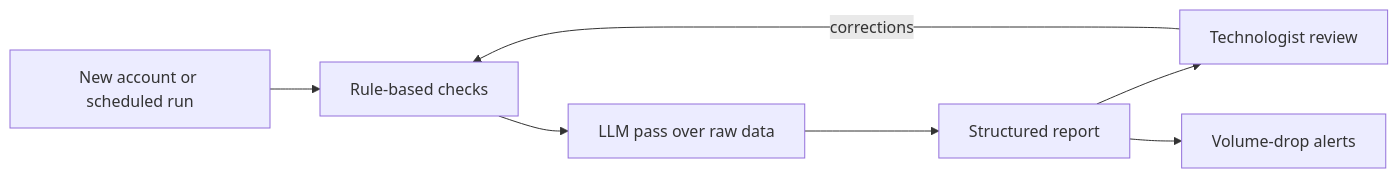
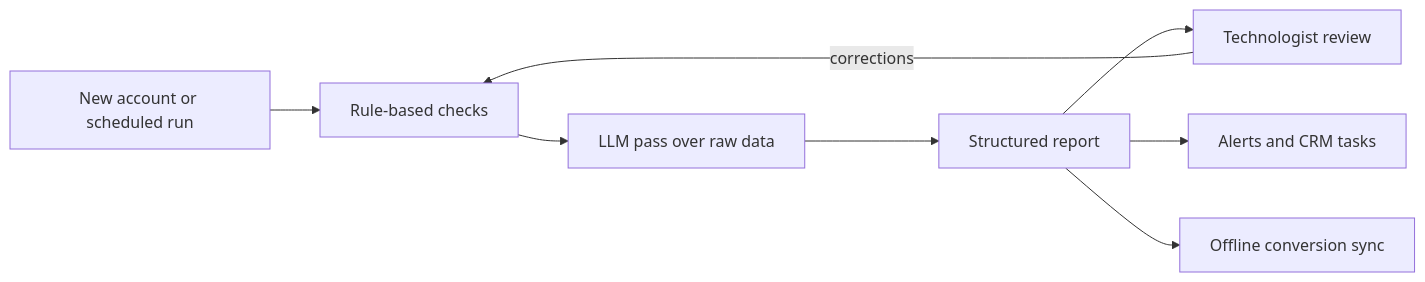
One commit to FelixKaboto/FelixKaboto changed the second of 2 diagrams in README.md. Above: the diagram before and after it, drawn with Mermaid. The commit also changed other lines of this file and 2 other files, not shown here.

````diff
--- a/README.md
+++ b/README.md
@@ -86,9 +92,10 @@
 ```mermaid
 flowchart LR
   trigger["New account or scheduled run"] --> checks["Rule-based checks"]
   checks --> llm["LLM pass over raw data"]
   llm --> report["Structured report"]
   report --> human["Technologist review"]
   human -->|"corrections"| checks
-  report --> alerts["Volume-drop alerts"]
+  report --> alerts["Alerts and CRM tasks"]
+  report --> sync["Offline conversion sync"]
 ```
````
